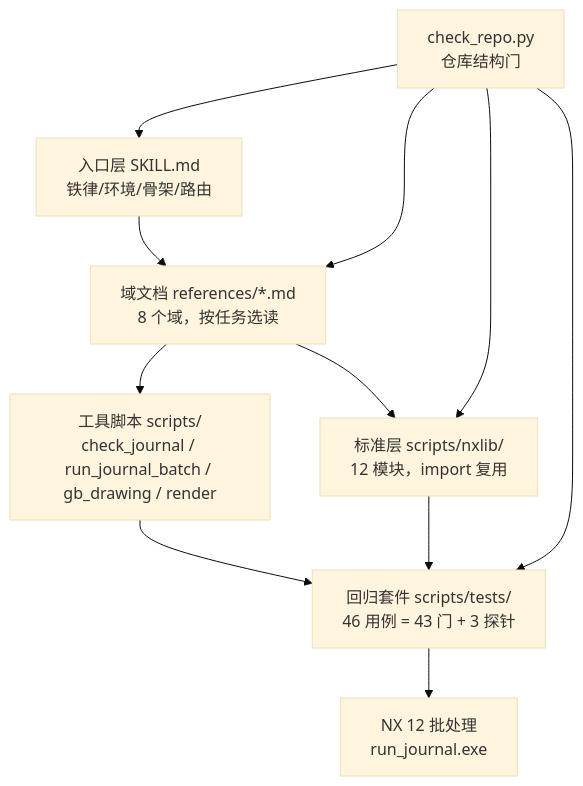
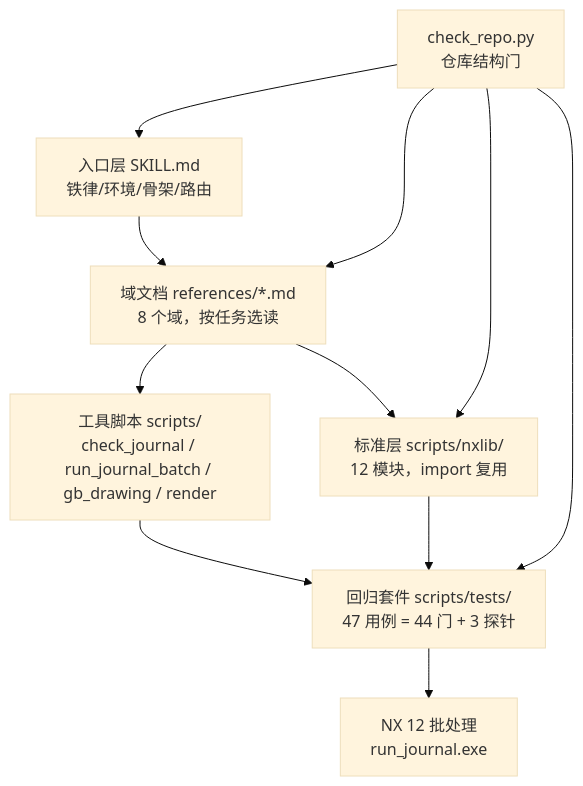
Before and after one commit to EVOL233awa/nxopen-journal: the diagram in docs/wiki/01-architecture.md, drawn with Mermaid (base theme). The commit also changed other lines of this file and 13 other files, not shown here.

````diff
--- a/docs/wiki/01-architecture.md
+++ b/docs/wiki/01-architecture.md
@@ -9,13 +9,13 @@
 ```mermaid
 graph TD
   A["入口层 SKILL.md<br>铁律/环境/骨架/路由"] --> B["域文档 references/*.md<br>8 个域，按任务选读"]
   B --> C["工具脚本 scripts/<br>check_journal / run_journal_batch / gb_drawing / render"]
   B --> D["标准层 scripts/nxlib/<br>12 模块，import 复用"]
-  C --> E["回归套件 scripts/tests/<br>46 用例 = 43 门 + 3 探针"]
+  C --> E["回归套件 scripts/tests/<br>47 用例 = 44 门 + 3 探针"]
   D --> E
   E --> F["NX 12 批处理<br>run_journal.exe"]
   G["check_repo.py<br>仓库结构门"] --> A
   G --> B
   G --> D
   G --> E
 ```
````
